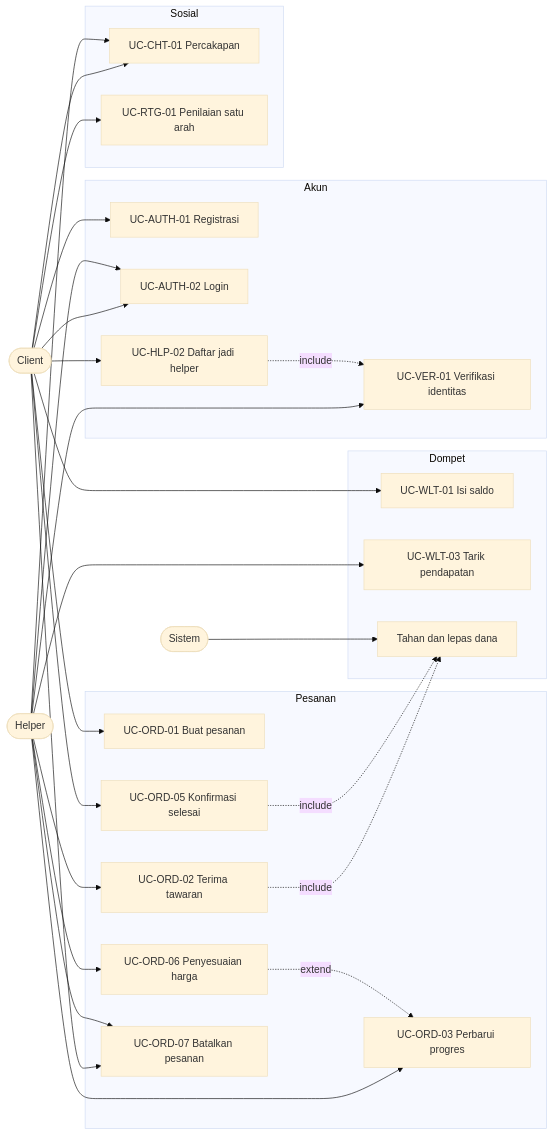
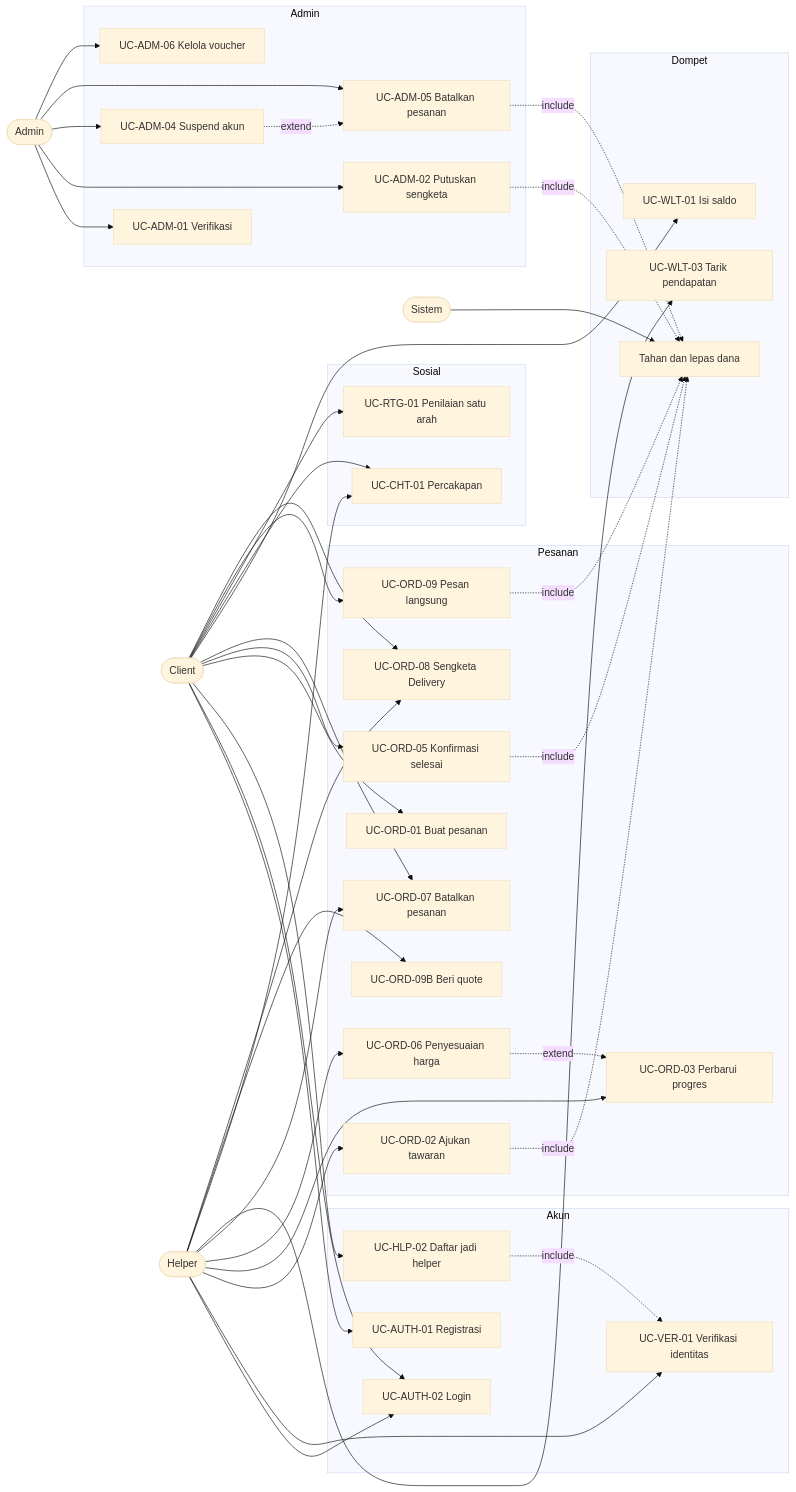
Before and after one commit to Davi-ARD/tolongindong-docs: the diagram in 03_use-case-inventory.md, drawn with Mermaid (base theme). The commit also changed other lines of this file and 10 other files, not shown here.

Commit message:
docs: terapkan keputusan sinkronisasi pasca ERD final (DEC-14 sampai DEC-24, class diagram)

````diff
--- a/03_use-case-inventory.md
+++ b/03_use-case-inventory.md
@@ -47,41 +52,58 @@
 ```mermaid
 flowchart LR
     C(["Client"])
     H(["Helper"])
     S(["Sistem"])
+    A(["Admin"])
 
     subgraph Akun
         UC1["UC-AUTH-01 Registrasi"]
         UC2["UC-AUTH-02 Login"]
         UC3["UC-HLP-02 Daftar jadi helper"]
         UC4["UC-VER-01 Verifikasi identitas"]
     end
 
     subgraph Pesanan
         UC5["UC-ORD-01 Buat pesanan"]
-        UC6["UC-ORD-02 Terima tawaran"]
+        UC6["UC-ORD-02 Ajukan tawaran"]
         UC7["UC-ORD-03 Perbarui progres"]
         UC8["UC-ORD-05 Konfirmasi selesai"]
         UC9["UC-ORD-06 Penyesuaian harga"]
         UC10["UC-ORD-07 Batalkan pesanan"]
+        UC16["UC-ORD-09 Pesan langsung"]
+        UC17["UC-ORD-09B Beri quote"]
+        UC18["UC-ORD-08 Sengketa Delivery"]
+    end
+
+    subgraph Admin
+        UC19["UC-ADM-01 Verifikasi"]
+        UC20["UC-ADM-02 Putuskan sengketa"]
+        UC21["UC-ADM-04 Suspend akun"]
+        UC22["UC-ADM-05 Batalkan pesanan"]
+        UC23["UC-ADM-06 Kelola voucher"]
     end
 
     subgraph Dompet
         UC11["UC-WLT-01 Isi saldo"]
         UC12["UC-WLT-03 Tarik pendapatan"]
         UC13["Tahan dan lepas dana"]
     end
 
     subgraph Sosial
         UC14["UC-CHT-01 Percakapan"]
         UC15["UC-RTG-01 Penilaian satu arah"]
     end
 
-    C --> UC1 & UC2 & UC3 & UC5 & UC8 & UC10 & UC11 & UC14 & UC15
-    H --> UC2 & UC4 & UC6 & UC7 & UC9 & UC10 & UC12 & UC14
+    C --> UC1 & UC2 & UC3 & UC5 & UC8 & UC10 & UC11 & UC14 & UC15 & UC16 & UC18
+    H --> UC2 & UC4 & UC6 & UC7 & UC9 & UC10 & UC12 & UC14 & UC17 & UC18
     S --> UC13
+    A --> UC19 & UC20 & UC21 & UC22 & UC23
     UC3 -.include.-> UC4
     UC6 -.include.-> UC13
     UC8 -.include.-> UC13
     UC9 -.extend.-> UC7
+    UC16 -.include.-> UC13
+    UC20 -.include.-> UC13
+    UC22 -.include.-> UC13
+    UC21 -.extend.-> UC22
 ```
````
